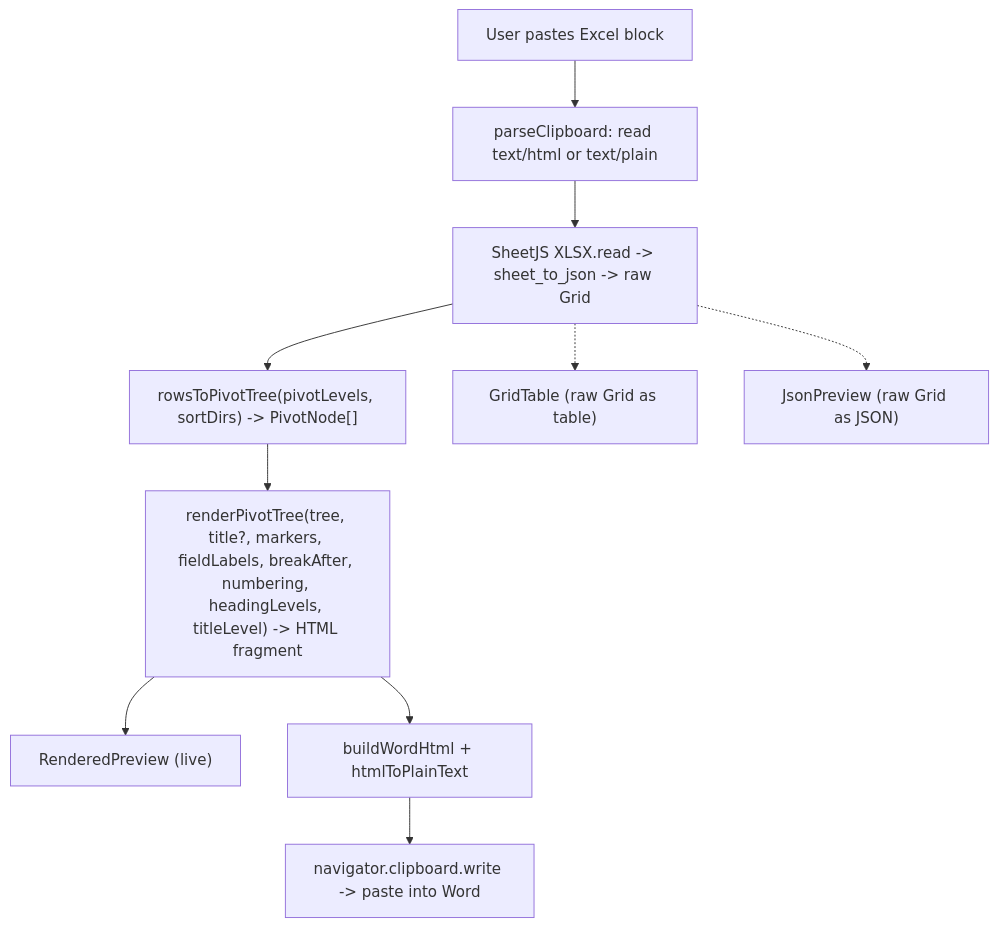
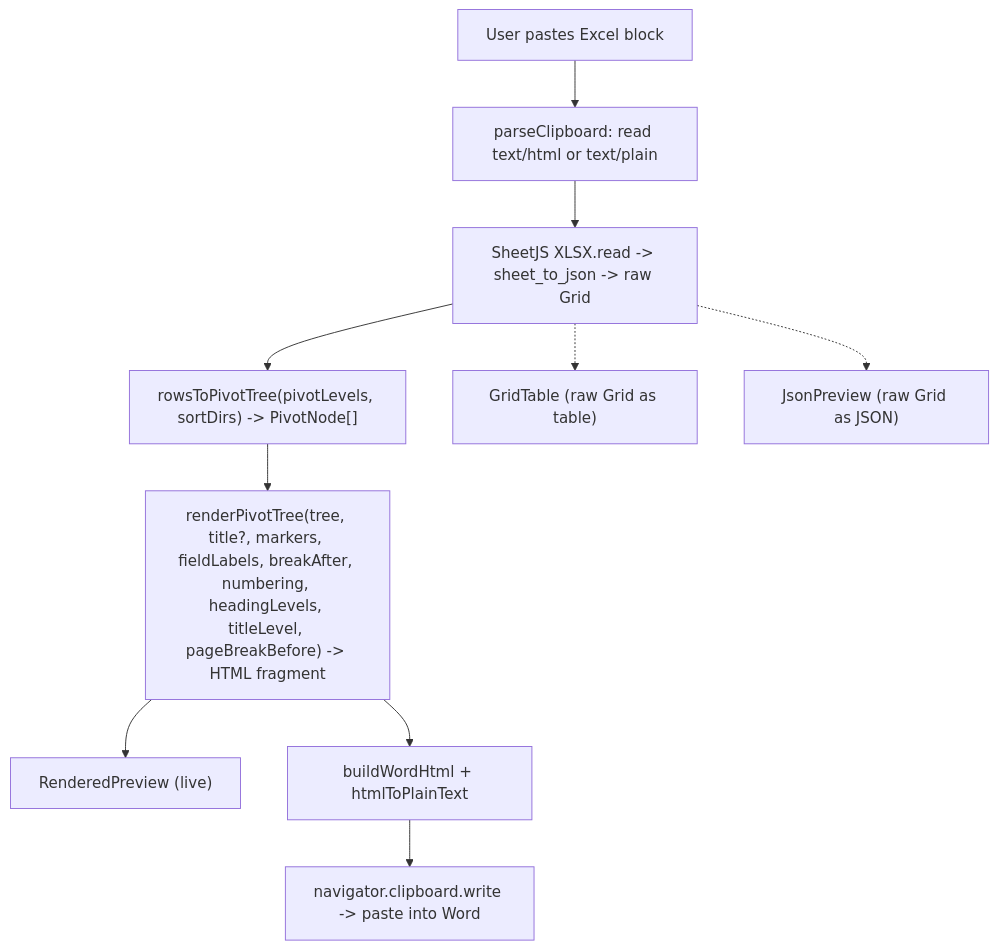
Before and after one commit to henryqpham/PivotParagraph: the diagram in docs/ARCHITECTURE.md, drawn with Mermaid. The commit also changed other lines of this file and 12 other files, not shown here.

````diff
--- a/docs/ARCHITECTURE.md
+++ b/docs/ARCHITECTURE.md
@@ -68,17 +69,17 @@
 ```mermaid
 flowchart TD
     A["User pastes Excel block"]
     B["parseClipboard: read text/html or text/plain"]
     C["SheetJS XLSX.read -> sheet_to_json -> raw Grid"]
     PV["rowsToPivotTree(pivotLevels, sortDirs) -> PivotNode[]"]
-    RP["renderPivotTree(tree, title?, markers, fieldLabels, breakAfter, numbering, headingLevels, titleLevel) -> HTML fragment"]
+    RP["renderPivotTree(tree, title?, markers, fieldLabels, breakAfter, numbering, headingLevels, titleLevel, pageBreakBefore) -> HTML fragment"]
     P["RenderedPreview (live)"]
     GT["GridTable (raw Grid as table)"]
     J["JsonPreview (raw Grid as JSON)"]
     W["buildWordHtml + htmlToPlainText"]
     X["navigator.clipboard.write -> paste into Word"]
     A --> B --> C --> PV --> RP --> P
     C -.-> GT
     C -.-> J
     RP --> W --> X
 ```
````
